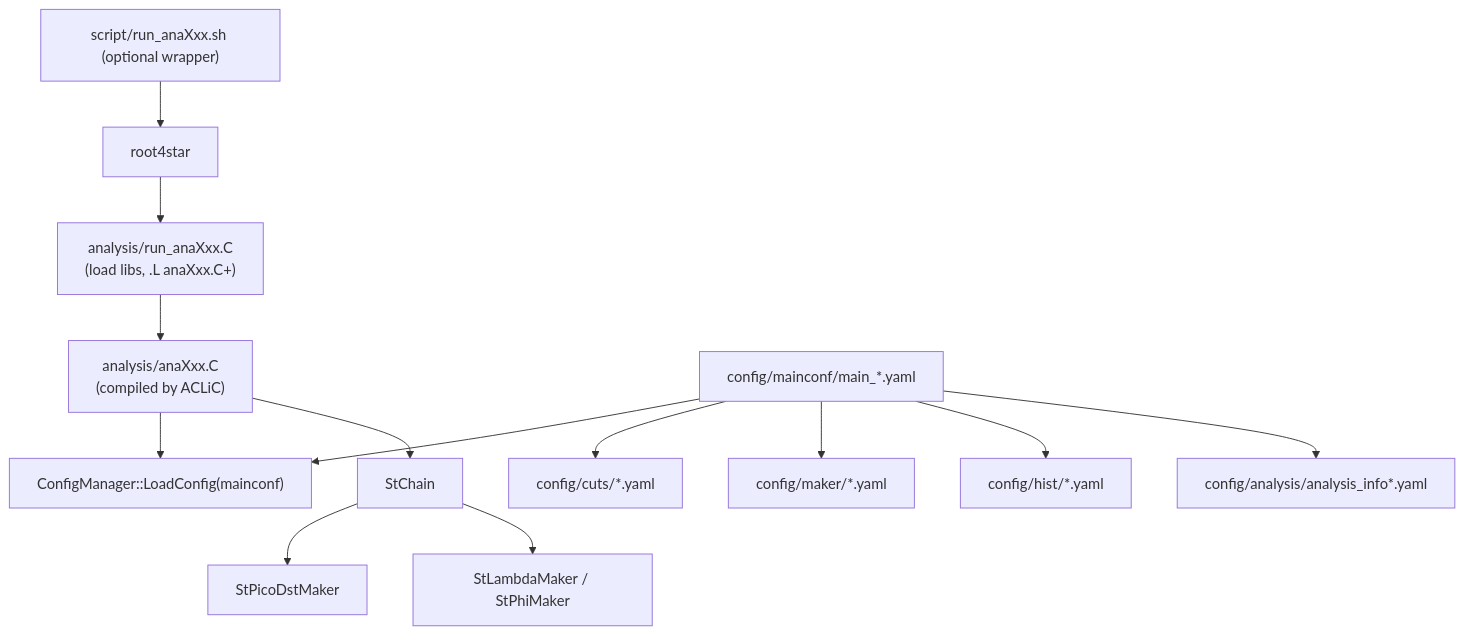
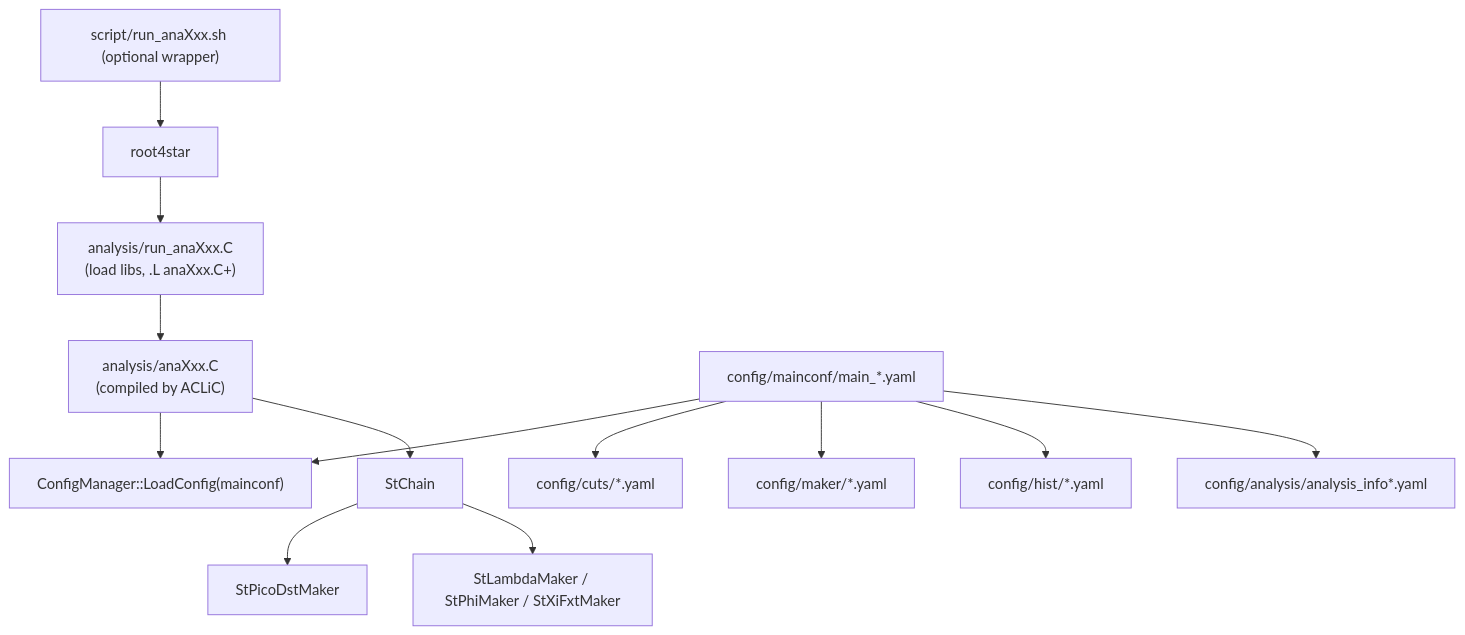
Before and after one commit to rjsaito0519/star-analyzer_backup: the diagram in README.md, drawn with Mermaid. The commit also changed other lines of this file and 9 other files, not shown here.

````diff
--- a/README.md
+++ b/README.md
@@ -9,33 +9,33 @@
 ```mermaid
 flowchart TD
   R4["root4star"]
   RS["script/run_anaXxx.sh (optional wrapper)"]
   Run["analysis/run_anaXxx.C<br/>(load libs, .L anaXxx.C+)"]
   Ana["analysis/anaXxx.C<br/>(compiled by ACLiC)"]
 
   MC["config/mainconf/main_*.yaml"]
   CFG["ConfigManager::LoadConfig(mainconf)"]
   CUTC["config/cuts/*.yaml"]
   MKC["config/maker/*.yaml"]
   HC["config/hist/*.yaml"]
   AIC["config/analysis/analysis_info*.yaml"]
 
   Ch["StChain"]
   P["StPicoDstMaker"]
-  M["StLambdaMaker / StPhiMaker"]
+  M["StLambdaMaker / StPhiMaker / StXiFxtMaker"]
 
   RS --> R4
   R4 --> Run
   Run --> Ana
 
   Ana --> CFG
   MC --> CFG
   MC --> CUTC
   MC --> MKC
   MC --> HC
   MC --> AIC
 
   Ana --> Ch
   Ch --> P
   Ch --> M
 ```
````
